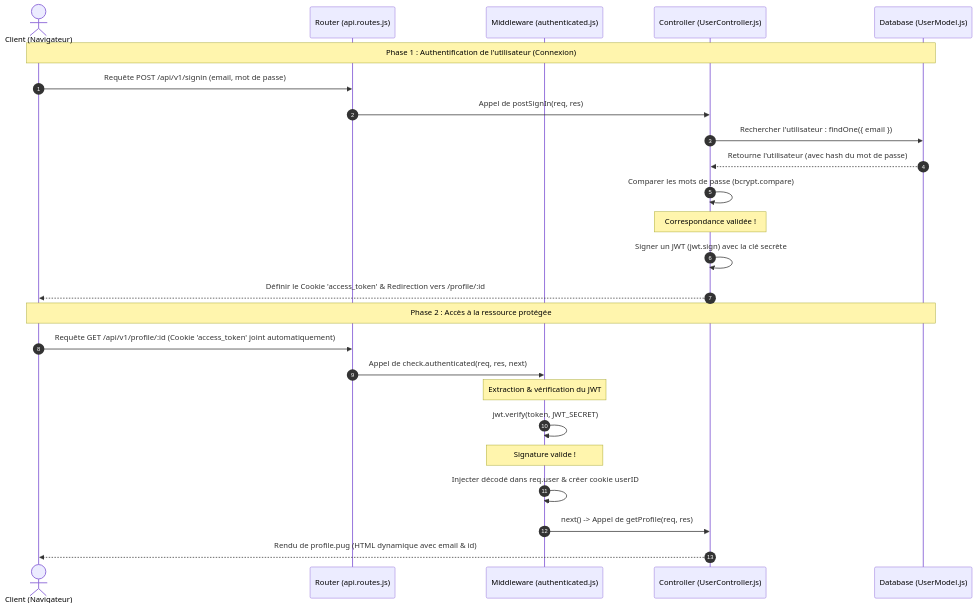
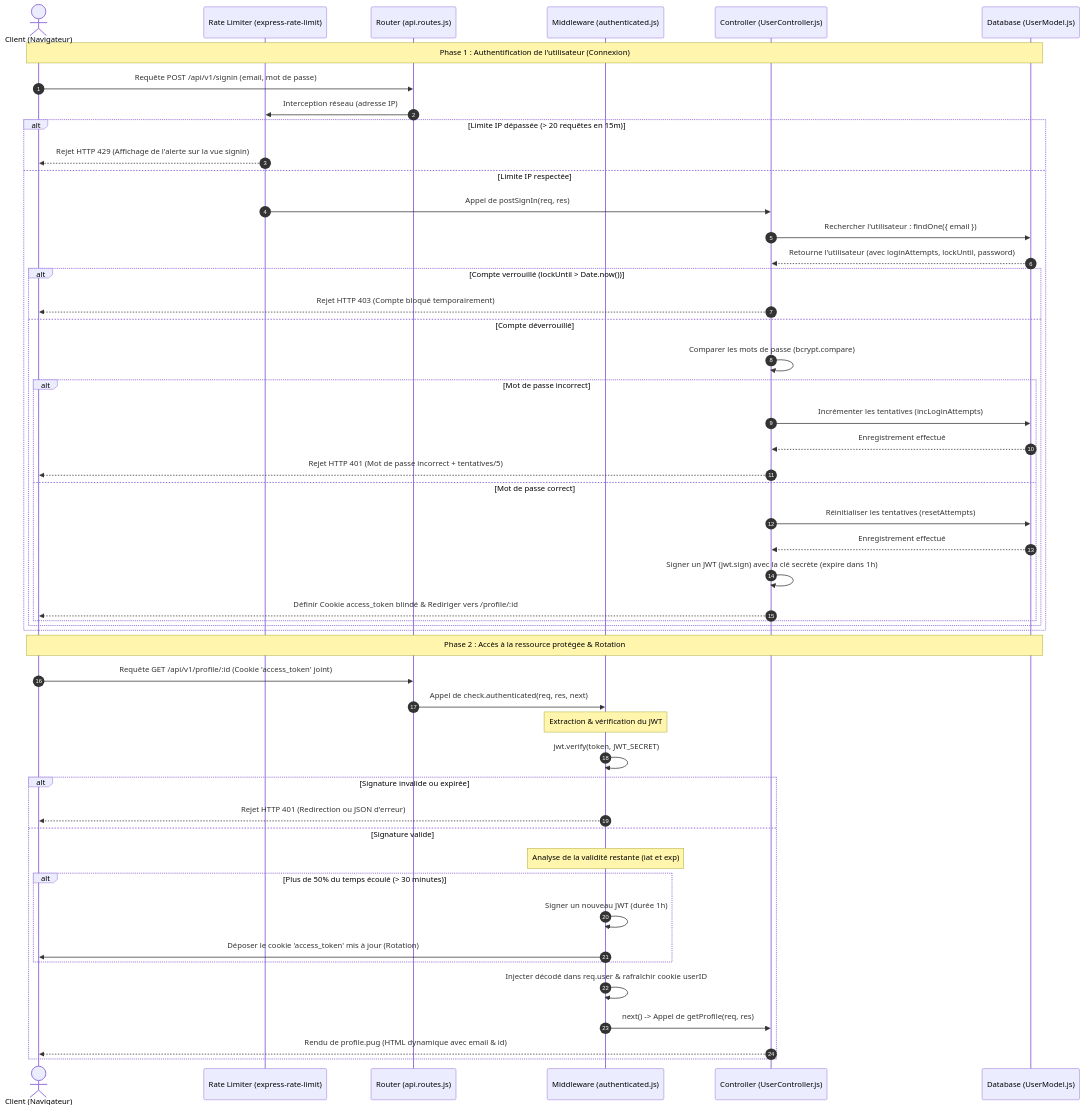
Before and after one commit to zyrass/jwt-essai: the second of 3 diagrams in docs/04-diagrammes.md, drawn with Mermaid. The commit also changed other lines of this file and 9 other files, not shown here.

Commit message:
feat(security): implement cookie hardening, brute-force lockout, rate limiting, and sliding session rotation

````diff
--- a/docs/04-diagrammes.md
+++ b/docs/04-diagrammes.md
@@ -43,31 +58,56 @@
 ```mermaid
 sequenceDiagram
     autonumber
     actor Client as Client (Navigateur)
+    participant Limiter as Rate Limiter (express-rate-limit)
     participant Routeur as Router (api.routes.js)
     participant Middleware as Middleware (authenticated.js)
     participant Ctrl as Controller (UserController.js)
     participant DB as Database (UserModel.js)
 
     %% PHASE 1: CONNEXION %%
     Note over Client, DB: Phase 1 : Authentification de l'utilisateur (Connexion)
     Client->>Routeur: Requête POST /api/v1/signin (email, mot de passe)
-    Routeur->>Ctrl: Appel de postSignIn(req, res)
-    Ctrl->>DB: Rechercher l'utilisateur : findOne({ email })
-    DB-->>Ctrl: Retourne l'utilisateur (avec hash du mot de passe)
-    Ctrl->>Ctrl: Comparer les mots de passe (bcrypt.compare)
-    Note over Ctrl: Correspondance validée !
-    Ctrl->>Ctrl: Signer un JWT (jwt.sign) avec la clé secrète
-    Ctrl-->>Client: Définir le Cookie 'access_token' & Redirection vers /profile/:id
+    Routeur->>Limiter: Interception réseau (adresse IP)
+    alt Limite IP dépassée (> 20 requêtes en 15m)
+        Limiter-->>Client: Rejet HTTP 429 (Affichage de l'alerte sur la vue signin)
+    else Limite IP respectée
+        Limiter->>Ctrl: Appel de postSignIn(req, res)
+        Ctrl->>DB: Rechercher l'utilisateur : findOne({ email })
+        DB-->>Ctrl: Retourne l'utilisateur (avec loginAttempts, lockUntil, password)
+        alt Compte verrouillé (lockUntil > Date.now())
+            Ctrl-->>Client: Rejet HTTP 403 (Compte bloqué temporairement)
+        else Compte déverrouillé
+            Ctrl->>Ctrl: Comparer les mots de passe (bcrypt.compare)
+            alt Mot de passe incorrect
+                Ctrl->>DB: Incrémenter les tentatives (incLoginAttempts)
+                DB-->>Ctrl: Enregistrement effectué
+                Ctrl-->>Client: Rejet HTTP 401 (Mot de passe incorrect + tentatives/5)
+            else Mot de passe correct
+                Ctrl->>DB: Réinitialiser les tentatives (resetAttempts)
+                DB-->>Ctrl: Enregistrement effectué
+                Ctrl->>Ctrl: Signer un JWT (jwt.sign) avec la clé secrète (expire dans 1h)
+                Ctrl-->>Client: Définir Cookie access_token blindé & Rediriger vers /profile/:id
+            end
+        end
+    end
 
-    %% PHASE 2: ACCÈS PROFIL %%
-    Note over Client, DB: Phase 2 : Accès à la ressource protégée
-    Client->>Routeur: Requête GET /api/v1/profile/:id (Cookie 'access_token' joint automatiquement)
+    %% PHASE 2: ACCÈS PROFIL & ROTATION %%
+    Note over Client, DB: Phase 2 : Accès à la ressource protégée & Rotation
+    Client->>Routeur: Requête GET /api/v1/profile/:id (Cookie 'access_token' joint)
     Routeur->>Middleware: Appel de check.authenticated(req, res, next)
     Note over Middleware: Extraction & vérification du JWT
     Middleware->>Middleware: jwt.verify(token, JWT_SECRET)
-    Note over Middleware: Signature valide !
-    Middleware->>Middleware: Injecter décodé dans req.user & créer cookie userID
-    Middleware->>Ctrl: next() -> Appel de getProfile(req, res)
-    Ctrl-->>Client: Rendu de profile.pug (HTML dynamique avec email & id)
+    alt Signature invalide ou expirée
+        Middleware-->>Client: Rejet HTTP 401 (Redirection ou JSON d'erreur)
+    else Signature valide
+        Note over Middleware: Analyse de la validité restante (iat et exp)
+        alt Plus de 50% du temps écoulé (> 30 minutes)
+            Middleware->>Middleware: Signer un nouveau JWT (durée 1h)
+            Middleware->>Client: Déposer le cookie 'access_token' mis à jour (Rotation)
+        end
+        Middleware->>Middleware: Injecter décodé dans req.user & rafraîchir cookie userID
+        Middleware->>Ctrl: next() -> Appel de getProfile(req, res)
+        Ctrl-->>Client: Rendu de profile.pug (HTML dynamique avec email & id)
+    end
 ```
````
